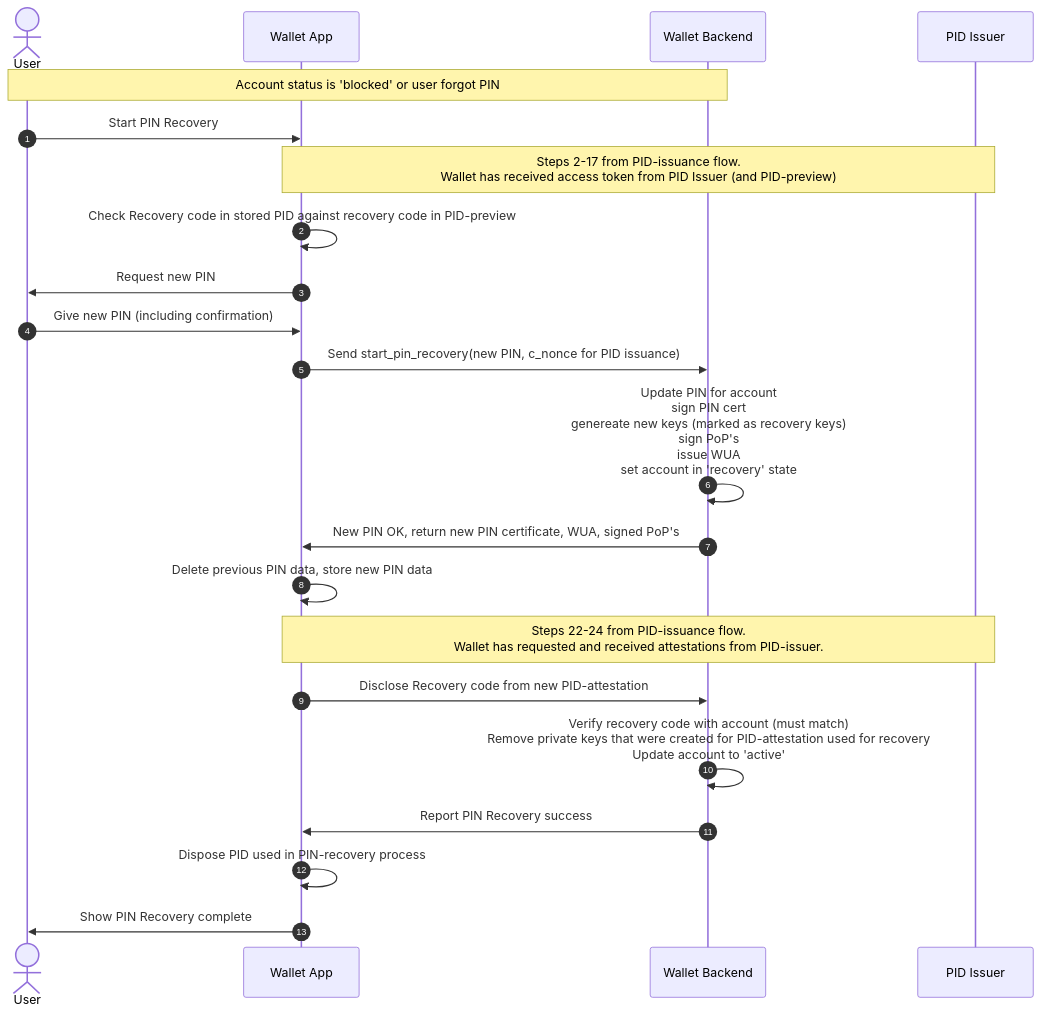
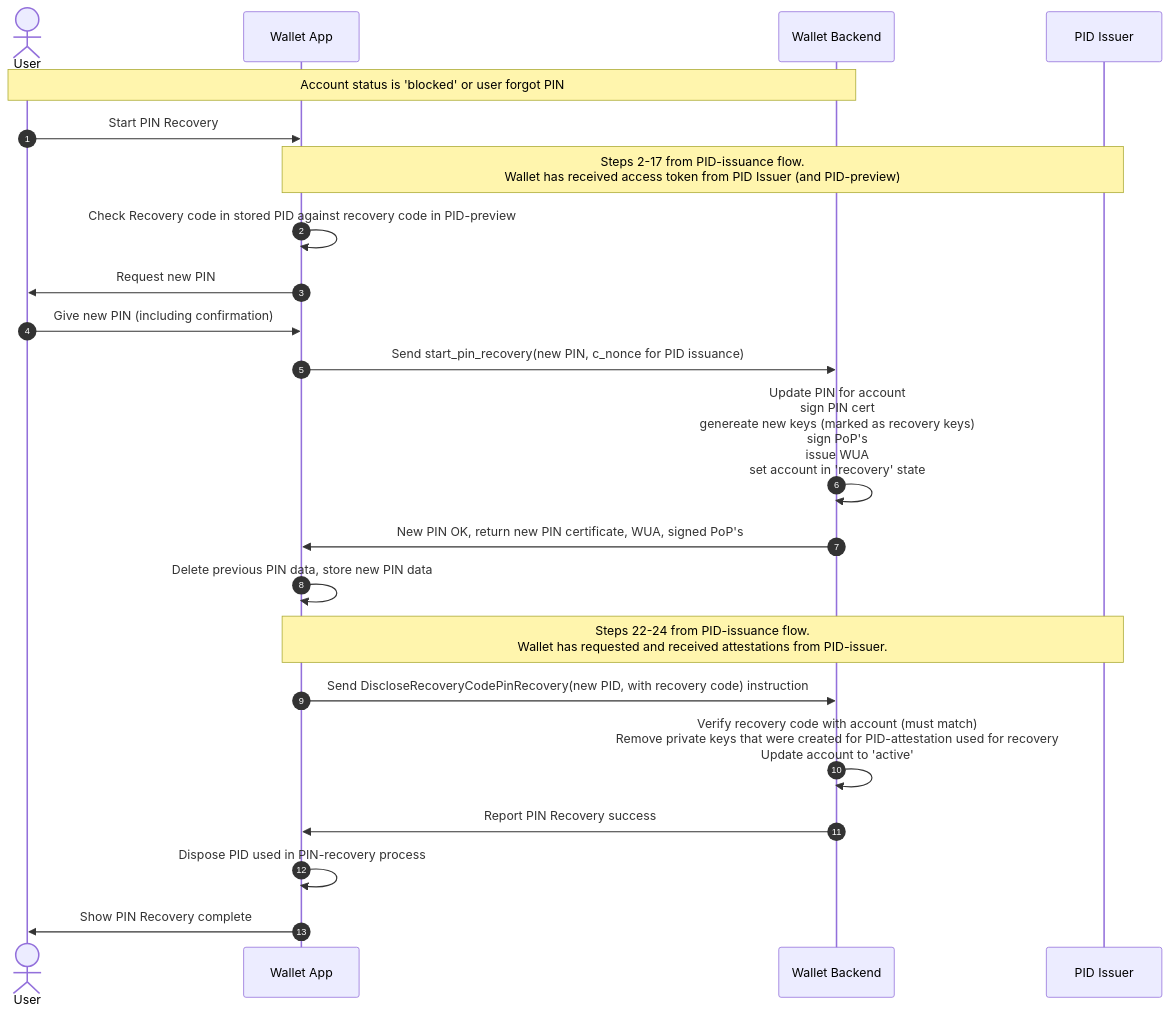
One commit to MinBZK/nl-wallet changed the first of 3 diagrams in wallet_docs/architecture/use-cases/recovery_usecases.md. Above: the diagram before and after it, drawn with Mermaid. The commit also changed other lines of this file and 2 other files, not shown here.

Commit message:
Added PIN-recovery and PID renewal usecases

````diff
--- a/wallet_docs/architecture/use-cases/recovery_usecases.md
+++ b/wallet_docs/architecture/use-cases/recovery_usecases.md
@@ -29,25 +31,25 @@
 ```{mermaid}
 sequenceDiagram
     autonumber
     actor User as User
     participant Wallet as Wallet App
     participant WP as Wallet Backend
     participant PID as PID Issuer
     
     note over User, WP: Account status is 'blocked' or user forgot PIN 
     User ->> Wallet : Start PIN Recovery 
     note over Wallet, PID:Steps 2-17 from PID-issuance flow. <br/> Wallet has received access token from PID Issuer (and PID-preview)
     Wallet ->> Wallet: Check Recovery code in stored PID against recovery code in PID-preview    
     Wallet ->> User: Request new PIN
     User ->> Wallet: Give new PIN (including confirmation)
     Wallet ->> WP: Send start_pin_recovery(new PIN, c_nonce for PID issuance)
     WP ->> WP: Update PIN for account<br/> sign PIN cert<br/>genereate new keys (marked as recovery keys)<br/> sign PoP's<br/> issue WUA<br/>set account in 'recovery' state
     WP ->> Wallet: New PIN OK, return new PIN certificate, WUA, signed PoP's
     Wallet ->> Wallet: Delete previous PIN data, store new PIN data    
     note over Wallet, PID: Steps 22-24 from PID-issuance flow. <br/> Wallet has requested and received attestations from PID-issuer. 
-    Wallet ->> WP: Disclose Recovery code from new PID-attestation
+    Wallet ->> WP: Send DiscloseRecoveryCodePinRecovery(new PID, with recovery code) instruction
     WP ->> WP: Verify recovery code with account (must match)<br/>Remove private keys that were created for PID-attestation used for recovery<br/>Update account to 'active'
     WP ->> Wallet: Report PIN Recovery success
     Wallet ->> Wallet: Dispose PID used in PIN-recovery process
     Wallet ->> User: Show PIN Recovery complete
 ```
````
